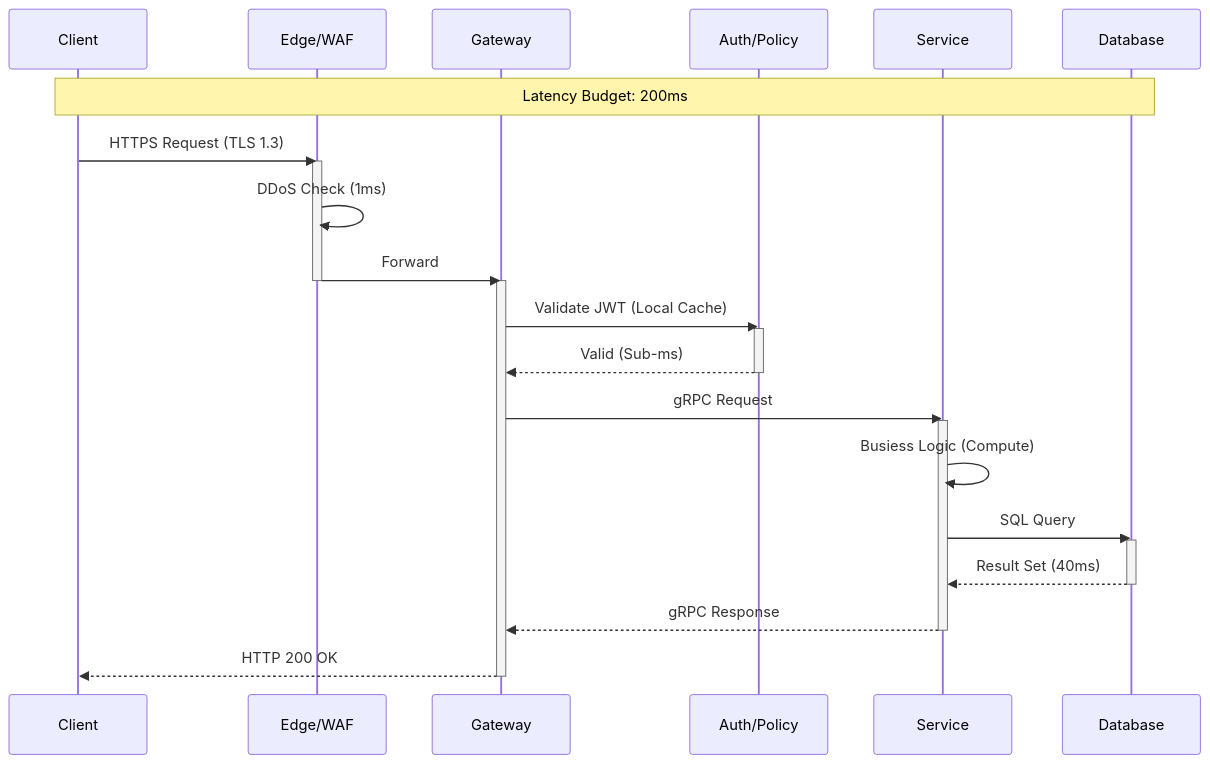
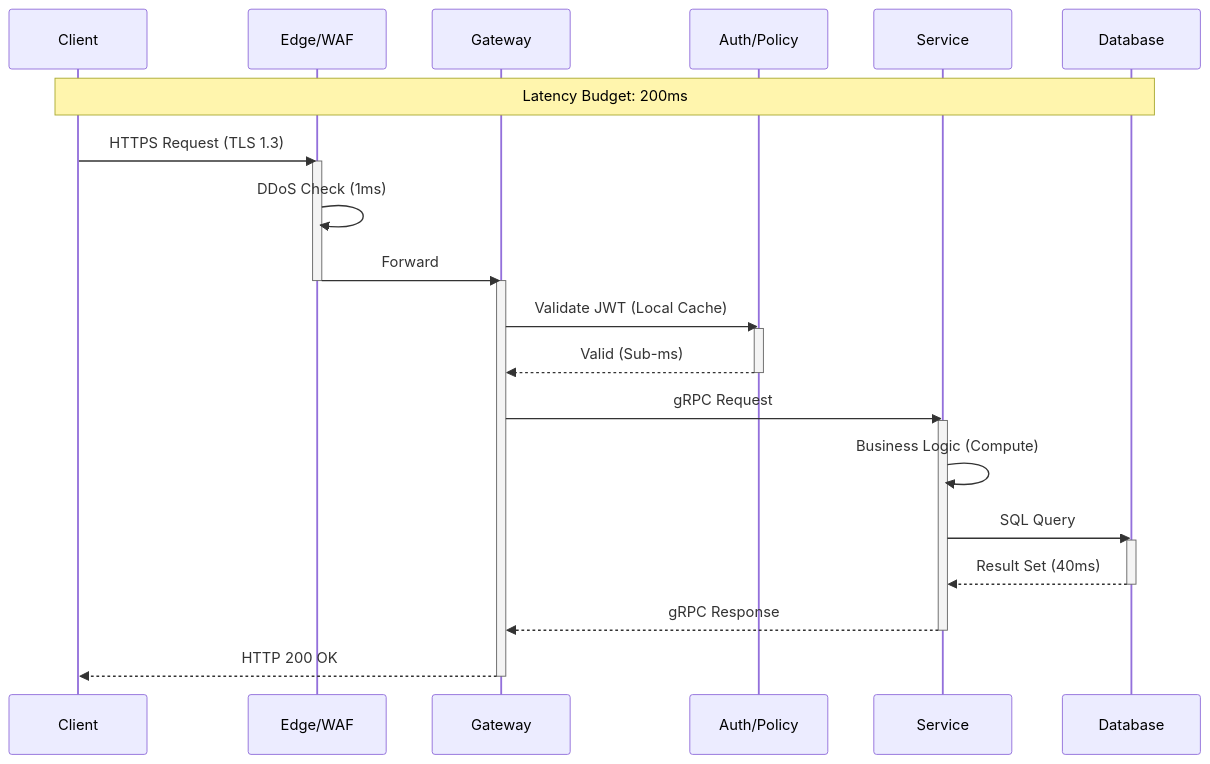
The third of 6 diagrams in src/app/[locale]/research/papers/a1-cloud-native-enterprise-reference/A1-PAPER-FULL.md (gchaitanyabharath9/omnigcloud), drawn with Mermaid before and after one commit. The commit also changed other lines of this file and 2 other files, not shown here.

Commit message:
Finalize research papers: Fix typos, numbering, and diagram syntax for Gold Standard publication

````diff
--- a/src/app/[locale]/research/papers/a1-cloud-native-enterprise-reference/A1-PAPER-FULL.md
+++ b/src/app/[locale]/research/papers/a1-cloud-native-enterprise-reference/A1-PAPER-FULL.md
@@ -92,37 +92,37 @@
 ```mermaid
 sequenceDiagram
     participant C as Client
     participant E as Edge/WAF
     participant G as Gateway
     participant A as Auth/Policy
     participant S as Service
     participant D as Database
 
     Note over C,D: Latency Budget: 200ms
 
     C->>E: HTTPS Request (TLS 1.3)
     activate E
     E->>E: DDoS Check (1ms)
     E->>G: Forward
     deactivate E
     
     activate G
     G->>A: Validate JWT (Local Cache)
     activate A
     A-->>G: Valid (Sub-ms)
     deactivate A
     
     G->>S: gRPC Request
     activate S
-    S->>S: Busiess Logic (Compute)
+    S->>S: Business Logic (Compute)
     S->>D: SQL Query
     activate D
     D-->>S: Result Set (40ms)
     deactivate D
     
     S-->>G: gRPC Response
     deactivate S
     
     G-->>C: HTTP 200 OK
     deactivate G
 ```
````
